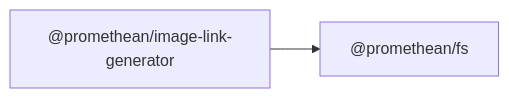
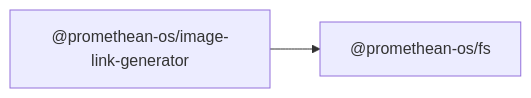
The diagram in docs/packages/image-link-generator/README.md (octave-commons/promethean), drawn with Mermaid before and after one commit. The commit also changed other lines of this file and 1753 other files, not shown here.

````diff
--- a/docs/packages/image-link-generator/README.md
+++ b/docs/packages/image-link-generator/README.md
@@ -12,7 +12,7 @@
 ```mermaid
 graph LR
-  A["@promethean/image-link-generator"]
-  D1["@promethean/fs"]
-  A --> D1["@promethean/fs"]
-  click D1 "../fs/README.md" "@promethean/fs"
+  A["@promethean-os/image-link-generator"]
+  D1["@promethean-os/fs"]
+  A --> D1["@promethean-os/fs"]
+  click D1 "../fs/README.md" "@promethean-os/fs"
 ```
````
